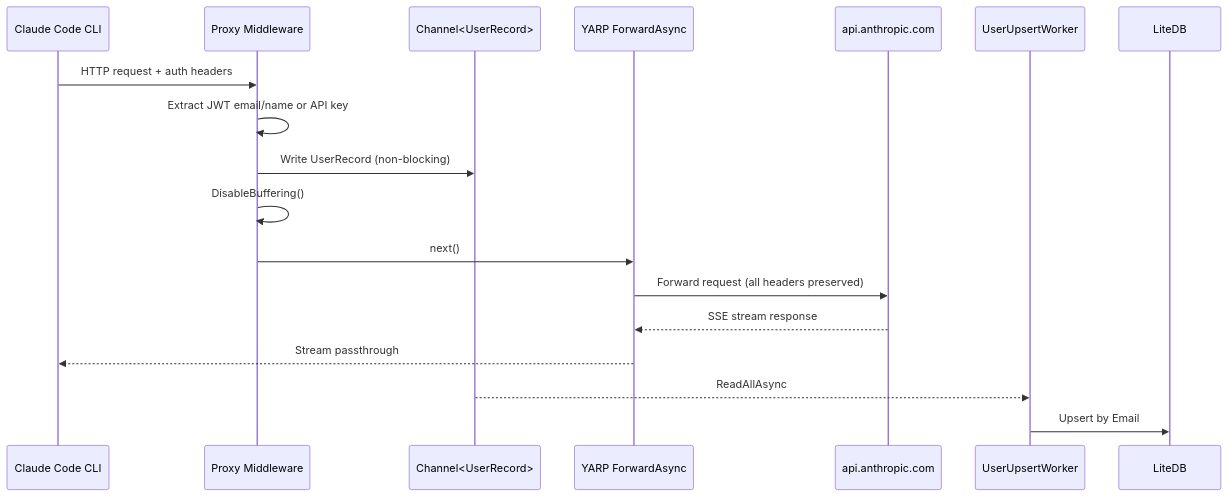
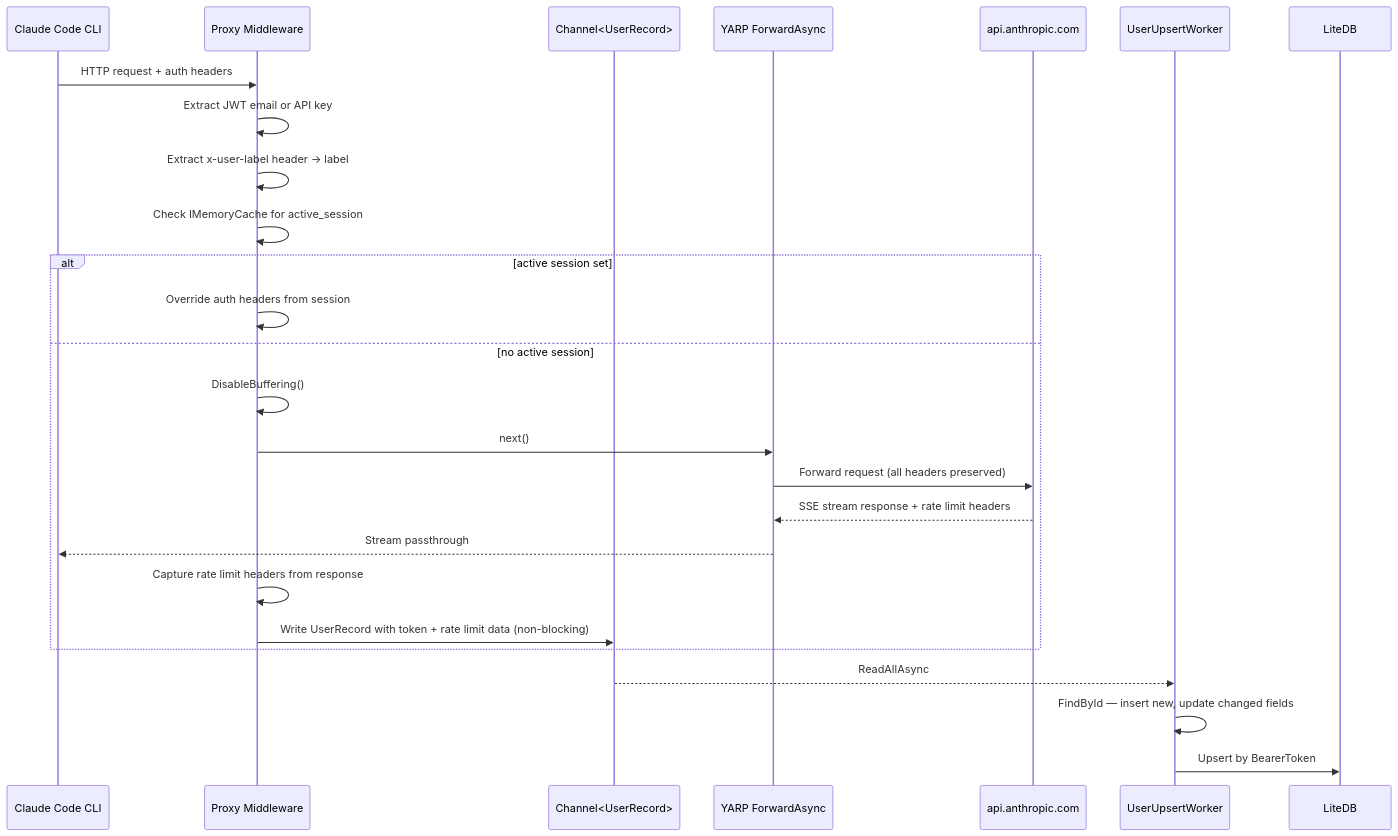
Before and after one commit to generic-automation-and-it/smooth-claude-proxy: the second of 2 diagrams in AGENTS.md, drawn with Mermaid. The commit also changed other lines of this file and 5 other files, not shown here.

````diff
--- a/AGENTS.md
+++ b/AGENTS.md
@@ -31,21 +31,29 @@
 ```mermaid
 sequenceDiagram
     participant CLI as Claude Code CLI
     participant MW as Proxy Middleware
     participant CH as Channel<UserRecord>
     participant YARP as YARP ForwardAsync
     participant API as api.anthropic.com
     participant BG as UserUpsertWorker
     participant DB as LiteDB
 
     CLI->>MW: HTTP request + auth headers
-    MW->>MW: Extract JWT email/name or API key
-    MW->>CH: Write UserRecord (non-blocking)
-    MW->>MW: DisableBuffering()
-    MW->>YARP: next()
-    YARP->>API: Forward request (all headers preserved)
-    API-->>YARP: SSE stream response
-    YARP-->>CLI: Stream passthrough
+    MW->>MW: Extract JWT email or API key
+    MW->>MW: Extract x-user-label header → label
+    MW->>MW: Check IMemoryCache for active_session
+    alt active session set
+        MW->>MW: Override auth headers from session
+    else no active session
+        MW->>MW: DisableBuffering()
+        MW->>YARP: next()
+        YARP->>API: Forward request (all headers preserved)
+        API-->>YARP: SSE stream response + rate limit headers
+        YARP-->>CLI: Stream passthrough
+        MW->>MW: Capture rate limit headers from response
+        MW->>CH: Write UserRecord with token + rate limit data (non-blocking)
+    end
     CH-->>BG: ReadAllAsync
-    BG->>DB: Upsert by Email
+    BG->>BG: FindById — insert new, update changed fields
+    BG->>DB: Upsert by BearerToken
 ```
````
